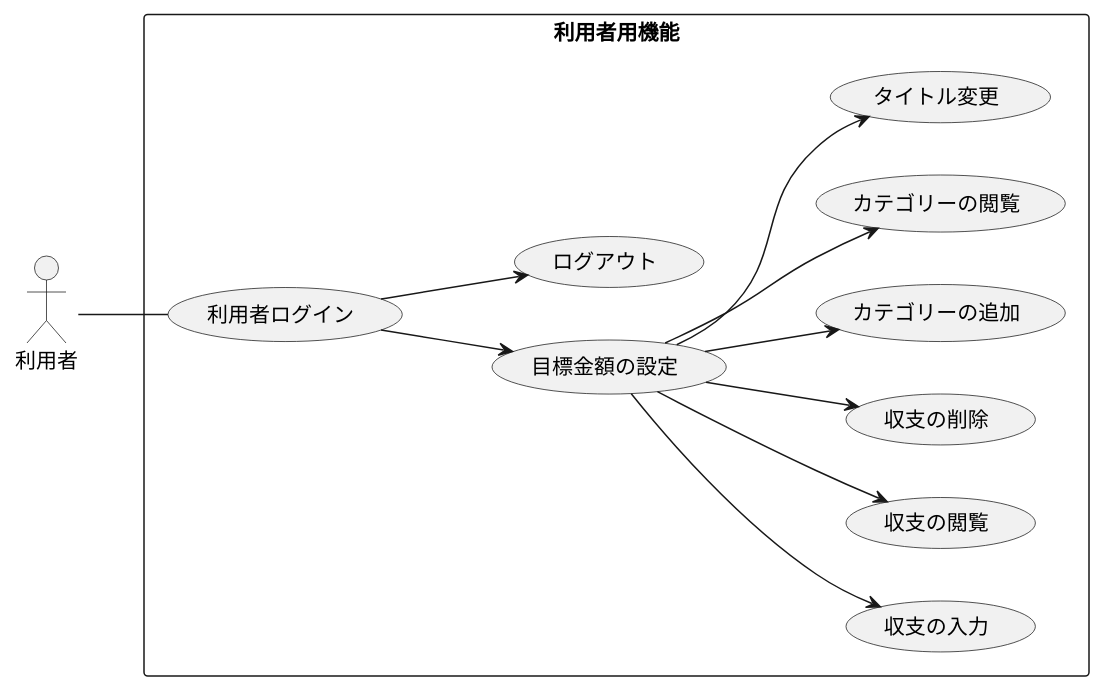
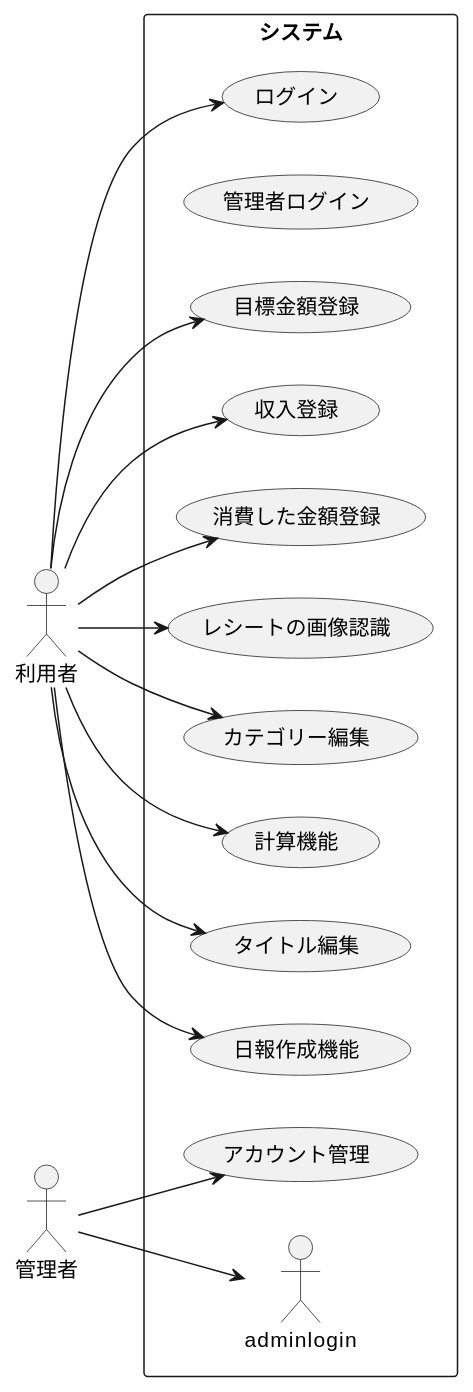
One commit to masakan590/uml-introduction changed the diagram in test.pu. Above: the diagram before and after it, drawn with PlantUML.

Commit message:
追加

```diff
--- a/test.pu
+++ b/test.pu
@@ -1,24 +1,32 @@
 @startuml
 left to right direction
 actor 利用者 as user
-rectangle 利用者用機能 {
-  usecase 収支の入力 as input
-  usecase 収支の閲覧 as view
-  usecase 収支の削除 as delete
-  usecase 利用者ログイン as user_login
-  usecase カテゴリーの追加 as cat_add
-  usecase カテゴリーの閲覧 as cat_see
-  usecase 目標金額の設定 as set_goal
-  usecase ログアウト as logout
-  usecase タイトル変更 as tit_cng
+actor 管理者 as admin
+
+rectangle システム {
+  usecase ログイン as login
+  usecase 管理者ログイン as admin_login
+  usecase 目標金額登録 as set_goal
+  usecase 収入登録 as add_income
+  usecase 消費した金額登録 as add_expense
+  usecase レシートの画像認識 as image_recognition
+  usecase カテゴリー編集 as manage_category
+  usecase 計算機能 as calculations
+  usecase タイトル編集 as edit_title
+  usecase 日報作成機能 as create_report
+  usecase アカウント管理 as account_management
+  
+  user --> login
+  user --> set_goal
+  user --> add_income
+  user --> add_expense
+  user --> image_recognition
+  user --> manage_category
+  user --> calculations
+  user --> edit_title
+  user --> create_report
+  admin --> adminlogin
+  admin --> account_management
 }
-set_goal --> input
-set_goal --> view
-set_goal --> delete
-user -- user_login
-set_goal --> cat_add
-set_goal --> cat_see
-user_login --> set_goal
-user_login --> logout
-set_goal --> tit_cng
+
 @enduml
```
